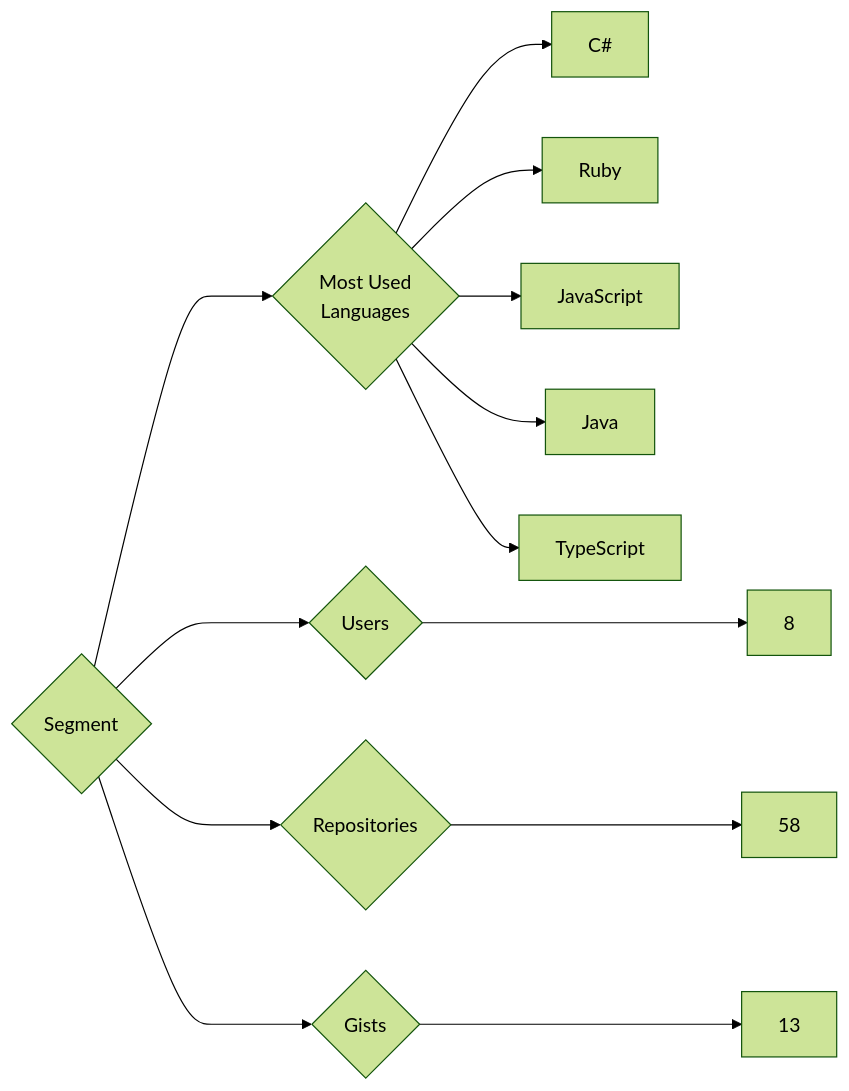
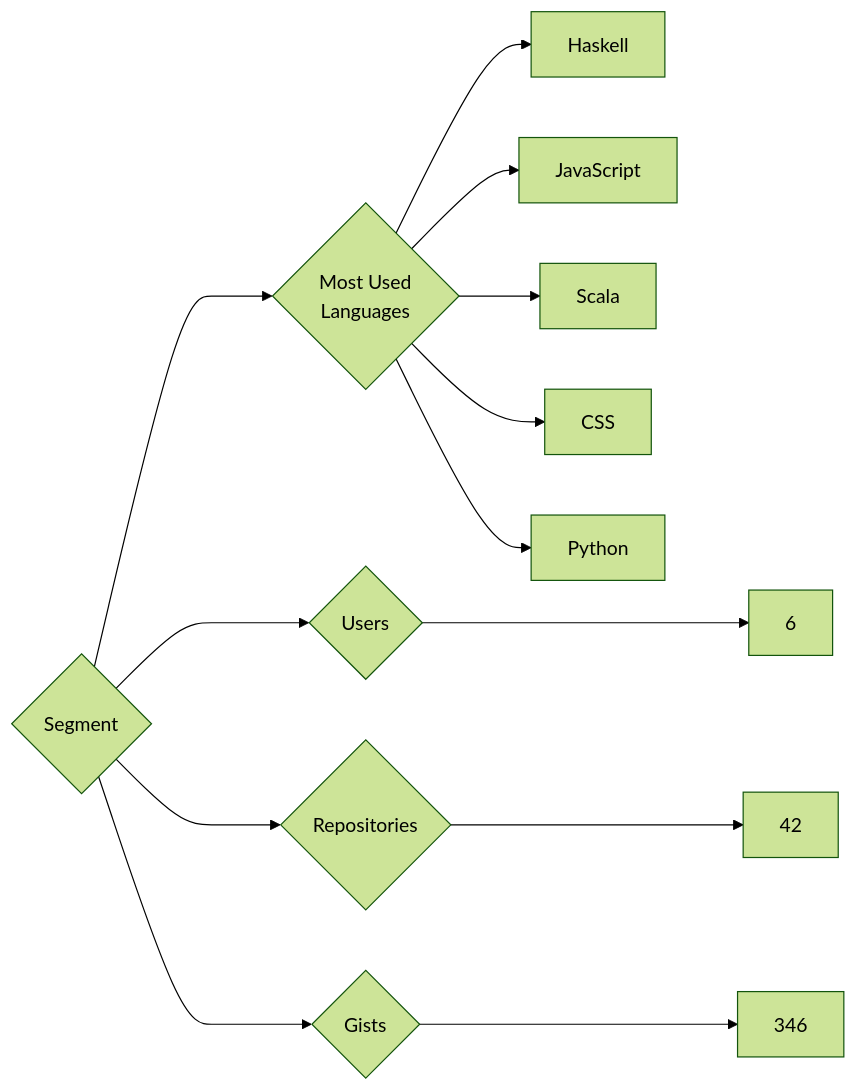
Before and after one commit to trickest/insiders: the diagram in targets/Segment/README.md, drawn with Mermaid (forest theme). The commit also changed 695 other files, not shown here.

````diff
--- a/targets/Segment/README.md
+++ b/targets/Segment/README.md
@@ -3,13 +3,13 @@
 ```mermaid
 graph LR
 COMPANY_NAME{Segment}
-COMPANY_NAME ---> U{Users} ---> UN[8]
-COMPANY_NAME ---> R{Repositories} ---> RN[58]
-COMPANY_NAME ---> G{Gists} ---> GN[13]
+COMPANY_NAME ---> U{Users} ---> UN[6]
+COMPANY_NAME ---> R{Repositories} ---> RN[42]
+COMPANY_NAME ---> G{Gists} ---> GN[346]
 COMPANY_NAME ---> ML{Most Used<br>Languages}
-ML --> C#[C#]
-ML --> Ruby[Ruby]
+ML --> Haskell[Haskell]
 ML --> JavaScript[JavaScript]
-ML --> Java[Java]
-ML --> TypeScript[TypeScript]
+ML --> Scala[Scala]
+ML --> CSS[CSS]
+ML --> Python[Python]
 ```
````
